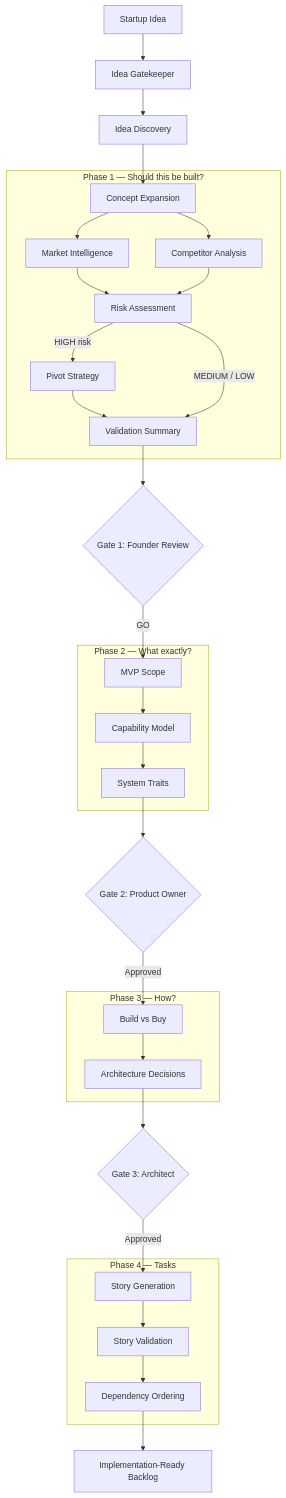
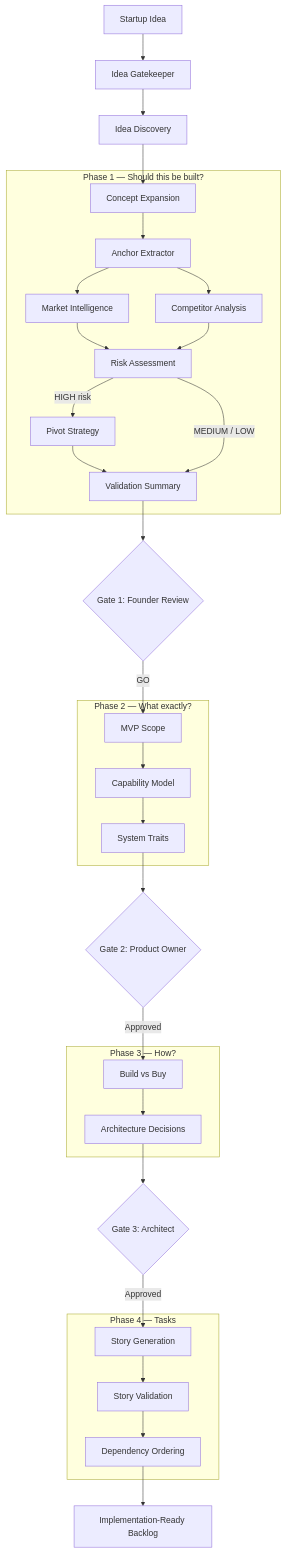
Before and after one commit to arslan70/haytham: the first of 2 diagrams in docs/how-it-works.md, drawn with Mermaid. The commit also changed other lines of this file and 11 other files, not shown here.

````diff
--- a/docs/how-it-works.md
+++ b/docs/how-it-works.md
@@ -16,41 +16,42 @@
 ```mermaid
 flowchart TD
     idea[Startup Idea] --> gatekeeper[Idea Gatekeeper]
     gatekeeper --> discovery[Idea Discovery]
     discovery --> concept[Concept Expansion]
 
     subgraph phase1["Phase 1 — Should this be built?"]
-        concept --> market[Market Intelligence]
-        concept --> competitor[Competitor Analysis]
+        concept --> anchor[Anchor Extractor]
+        anchor --> market[Market Intelligence]
+        anchor --> competitor[Competitor Analysis]
         market --> risk[Risk Assessment]
         competitor --> risk
         risk -->|HIGH risk| pivot[Pivot Strategy]
         pivot --> summary[Validation Summary]
         risk -->|MEDIUM / LOW| summary
     end
 
     summary --> gate1{Gate 1: Founder Review}
     gate1 -->|GO| mvp
 
     subgraph phase2["Phase 2 — What exactly?"]
         mvp[MVP Scope] --> capability[Capability Model]
         capability --> traits[System Traits]
     end
 
     traits --> gate2{Gate 2: Product Owner}
     gate2 -->|Approved| build_buy
 
     subgraph phase3["Phase 3 — How?"]
         build_buy[Build vs Buy] --> arch[Architecture Decisions]
     end
 
     arch --> gate3{Gate 3: Architect}
     gate3 -->|Approved| stories
 
     subgraph phase4["Phase 4 — Tasks"]
         stories[Story Generation] --> story_val[Story Validation]
         story_val --> ordering[Dependency Ordering]
     end
 
     ordering --> output[Implementation-Ready Backlog]
 ```
````
